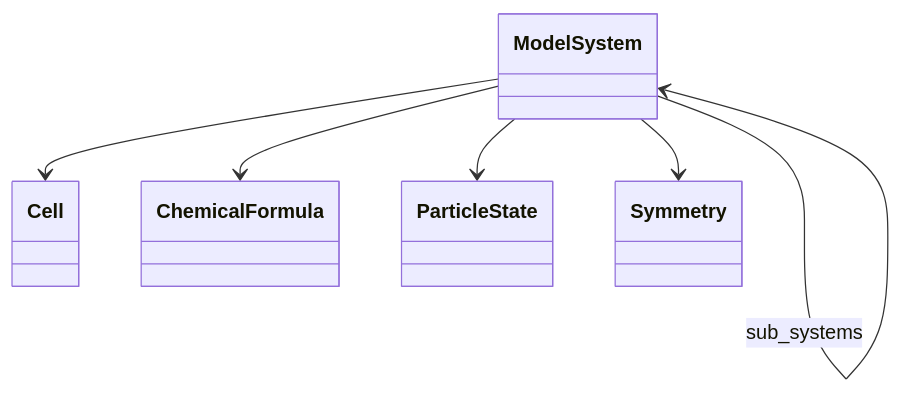
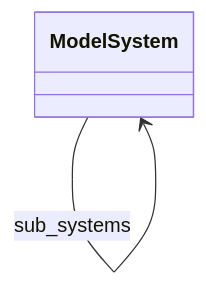
The diagram in docs/schema/model_system.diagram.md (FAIRmat-NFDI/nomad-simulations), drawn with Mermaid before and after one commit. The commit also changed 86 other files, not shown here.

Commit message:
simplify diagrams

````diff
--- a/docs/schema/model_system.diagram.md
+++ b/docs/schema/model_system.diagram.md
@@ -16,18 +16,6 @@
 ```mermaid
 classDiagram
-    class Cell {
-    }
-    class ChemicalFormula {
-    }
     class ModelSystem {
     }
-    class ParticleState {
-    }
-    class Symmetry {
-    }
-    ModelSystem --> Cell
-    ModelSystem --> ChemicalFormula
     ModelSystem --> ModelSystem : sub_systems
-    ModelSystem --> ParticleState
-    ModelSystem --> Symmetry
 ```
````
